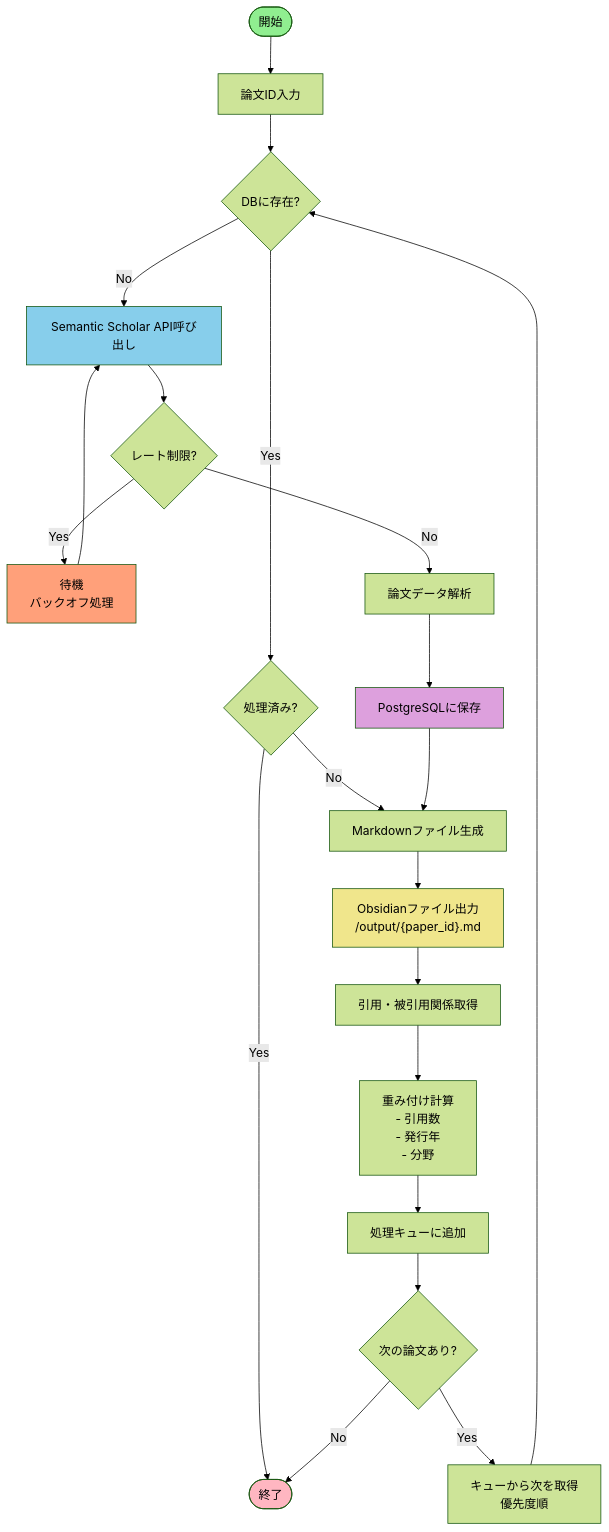
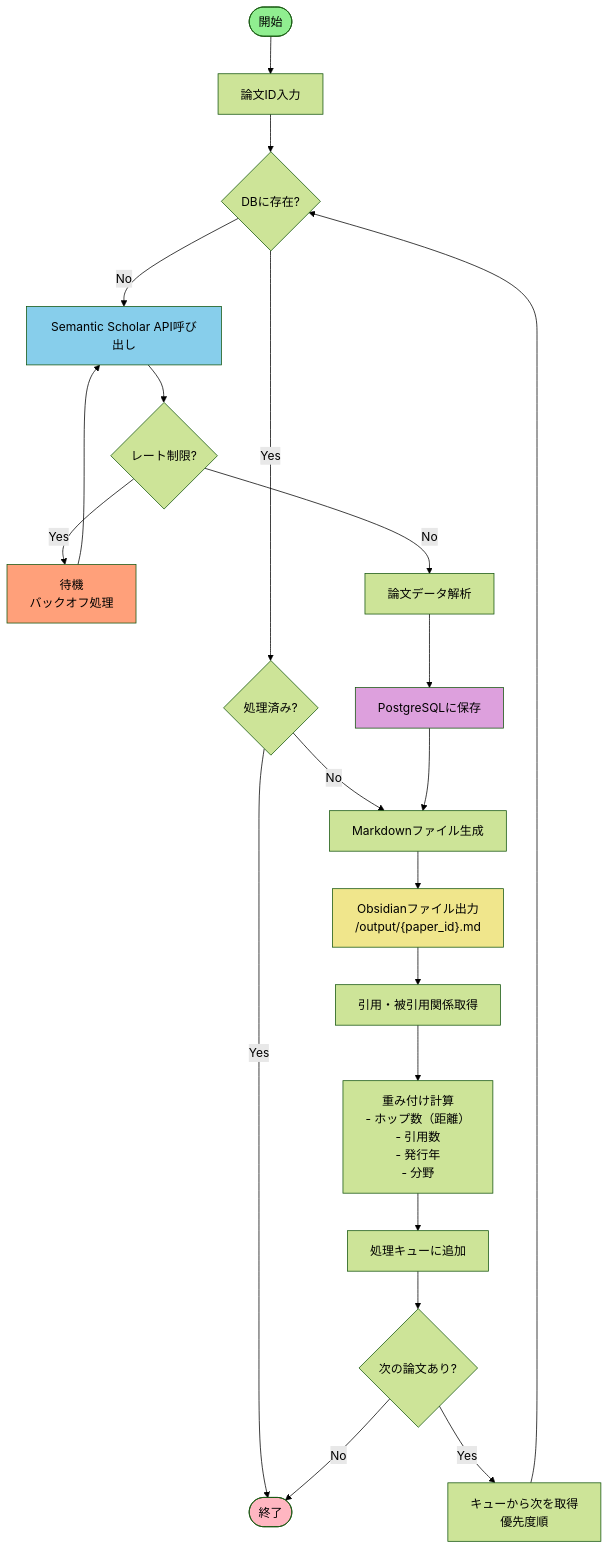
Before and after one commit to tsuji-tomonori/ref-net: the first of 4 diagrams in docs/spec/flowchart/paper_processor.md, drawn with Mermaid (forest theme). The commit also changed other lines of this file, not shown here.

First line of the commit message:
feat: 重み付けアルゴリズムに距離（ホップ数）を追加

````diff
--- a/docs/spec/flowchart/paper_processor.md
+++ b/docs/spec/flowchart/paper_processor.md
@@ -9,41 +9,41 @@
 ```mermaid
 flowchart TD
     Start([開始]) --> Input[論文ID入力]
     Input --> CheckDB{DBに存在?}
     
     CheckDB -->|Yes| CheckProcessed{処理済み?}
     CheckDB -->|No| FetchAPI[Semantic Scholar API呼び出し]
     
     CheckProcessed -->|Yes| End([終了])
     CheckProcessed -->|No| GenerateMD[Markdownファイル生成]
     
     FetchAPI --> CheckRateLimit{レート制限?}
     CheckRateLimit -->|Yes| Wait[待機<br/>バックオフ処理]
     CheckRateLimit -->|No| ParseData[論文データ解析]
     
     Wait --> FetchAPI
     
     ParseData --> SaveDB[PostgreSQLに保存]
     SaveDB --> GenerateMD
     
     GenerateMD --> OutputFile["Obsidianファイル出力<br/>/output/{paper_id}.md"]
     
     OutputFile --> GetRelations[引用・被引用関係取得]
     
-    GetRelations --> CalcWeight[重み付け計算<br/>- 引用数<br/>- 発行年<br/>- 分野]
+    GetRelations --> CalcWeight[重み付け計算<br/>- ホップ数（距離）<br/>- 引用数<br/>- 発行年<br/>- 分野]
     
     CalcWeight --> AddQueue[処理キューに追加]
     
     AddQueue --> ProcessNext{次の論文あり?}
     ProcessNext -->|Yes| GetNext[キューから次を取得<br/>優先度順]
     ProcessNext -->|No| End
     
     GetNext --> CheckDB
     
     style Start fill:#90EE90
     style End fill:#FFB6C1
     style FetchAPI fill:#87CEEB
     style SaveDB fill:#DDA0DD
     style OutputFile fill:#F0E68C
     style Wait fill:#FFA07A
 ```
````
